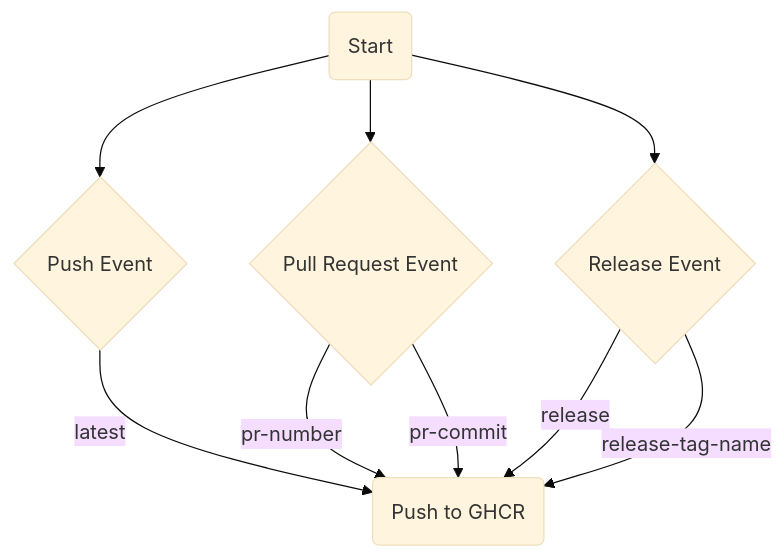
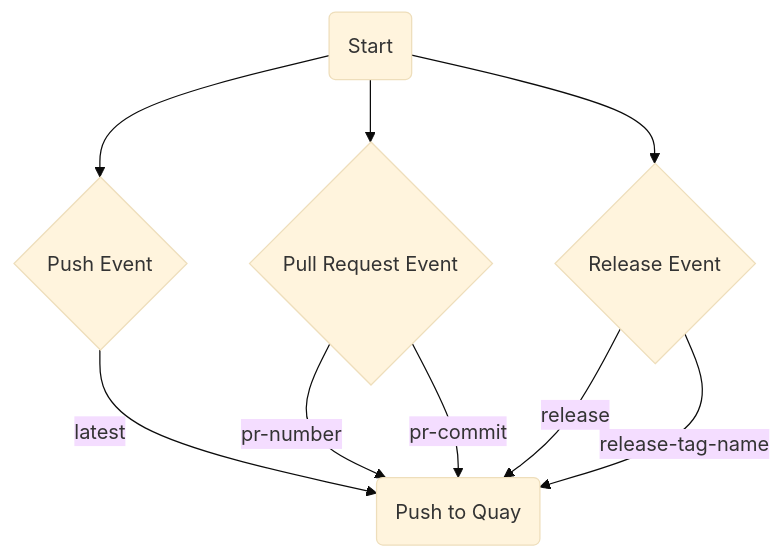
The diagram in README.md (RedHatProductSecurity/osim), drawn with Mermaid (base theme) before and after one commit. The commit also changed other lines of this file and 1 other file, not shown here.

````diff
--- a/README.md
+++ b/README.md
@@ -52,11 +52,11 @@
 ```mermaid
 graph TB
     start(Start)-->push{Push Event}
     start-->pull_request{Pull Request Event}
     start-->release{Release Event}
-    push-->|"latest"|DockerBuildAndPush(Push to GHCR)
+    push-->|"latest"|DockerBuildAndPush(Push to Quay)
     pull_request-->|"pr-number"|DockerBuildAndPush
     pull_request-->|"pr-commit"|DockerBuildAndPush
     release-->|"release"|DockerBuildAndPush
     release-->|"release-tag-name"|DockerBuildAndPush
 ```
````
